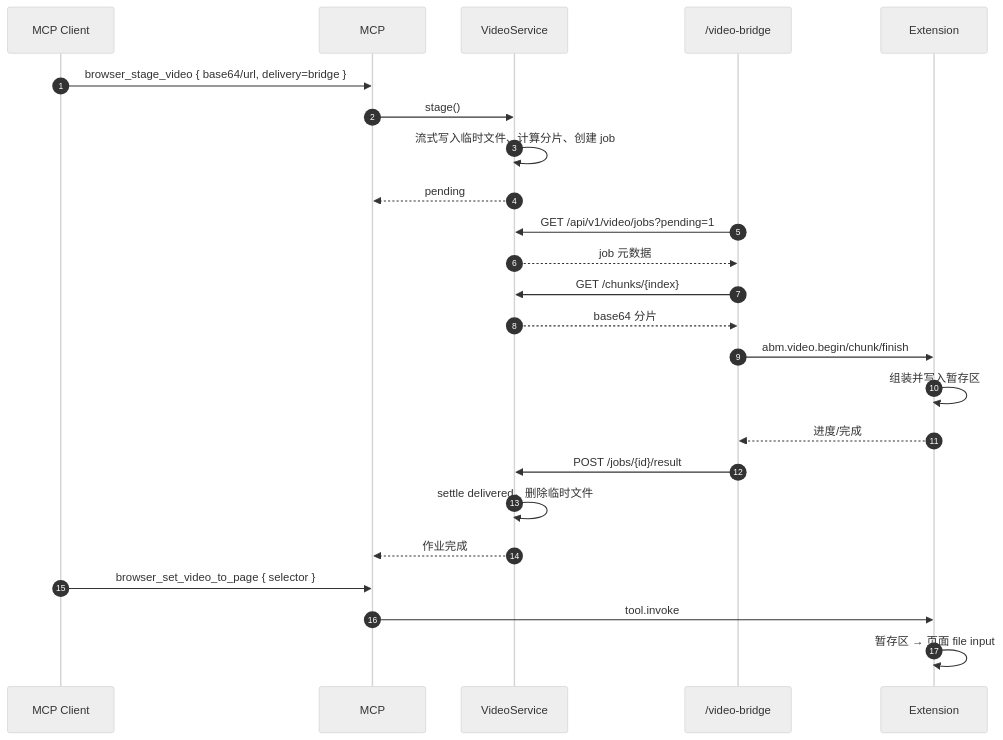
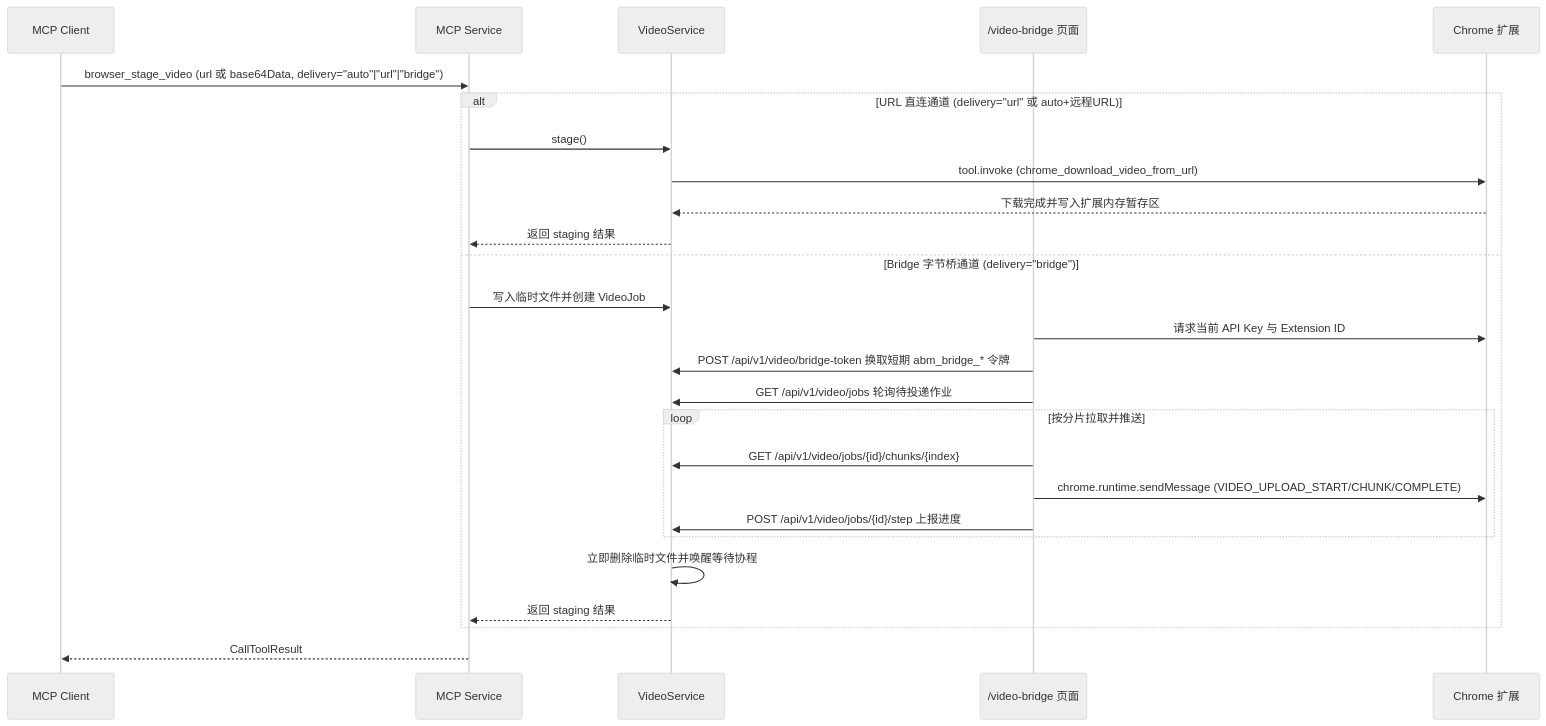
The fourth of 4 diagrams in docs/data-flow.md (borgle/abm-server), drawn with Mermaid (neutral theme) before and after one commit. The commit also changed other lines of this file and 90 other files, not shown here.

````diff
--- a/docs/data-flow.md
+++ b/docs/data-flow.md
@@ -362,26 +81,29 @@
 ```mermaid
 sequenceDiagram
-    autonumber
-    participant C as MCP Client
-    participant M as MCP
-    participant V as VideoService
-    participant B as /video-bridge
-    participant E as Extension
-    C->>M: browser_stage_video { base64/url, delivery=bridge }
-    M->>V: stage()
-    V->>V: 流式写入临时文件、计算分片、创建 job
-    V-->>M: pending
-    B->>V: GET /api/v1/video/jobs?pending=1
-    V-->>B: job 元数据
-    B->>V: GET /chunks/{index}
-    V-->>B: base64 分片
-    B->>E: abm.video.begin/chunk/finish
-    E->>E: 组装并写入暂存区
-    E-->>B: 进度/完成
-    B->>V: POST /jobs/{id}/result
-    V->>V: settle delivered，删除临时文件
-    V-->>M: 作业完成
-    C->>M: browser_set_video_to_page { selector }
-    M->>E: tool.invoke
-    E->>E: 暂存区 → 页面 file input
+    participant Agent as MCP Client
+    participant MCP as MCP Service
+    participant Video as VideoService
+    participant Bridge as /video-bridge 页面
+    participant Ext as Chrome 扩展
+
+    Agent->>MCP: browser_stage_video (url 或 base64Data, delivery="auto"|"url"|"bridge")
+    alt URL 直连通道 (delivery="url" 或 auto+远程URL)
+        MCP->>Video: stage()
+        Video->>Ext: tool.invoke (chrome_download_video_from_url)
+        Ext-->>Video: 下载完成并写入扩展内存暂存区
+        Video-->>MCP: 返回 staging 结果
+    else Bridge 字节桥通道 (delivery="bridge")
+        MCP->>Video: 写入临时文件并创建 VideoJob
+        Bridge->>Ext: 请求当前 API Key 与 Extension ID
+        Bridge->>Video: POST /api/v1/video/bridge-token 换取短期 abm_bridge_* 令牌
+        Bridge->>Video: GET /api/v1/video/jobs 轮询待投递作业
+        loop 按分片拉取并推送
+            Bridge->>Video: GET /api/v1/video/jobs/{id}/chunks/{index}
+            Bridge->>Ext: chrome.runtime.sendMessage (VIDEO_UPLOAD_START/CHUNK/COMPLETE)
+            Bridge->>Video: POST /api/v1/video/jobs/{id}/step 上报进度
+        end
+        Video->>Video: 立即删除临时文件并唤醒等待协程
+        Video-->>MCP: 返回 staging 结果
+    end
+    MCP-->>Agent: CallToolResult
 ```
````
